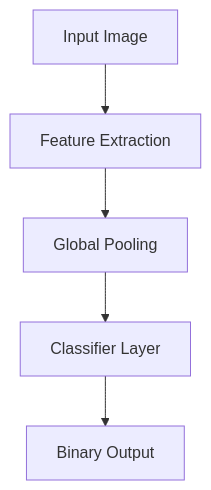
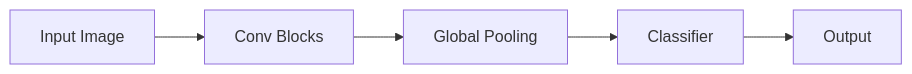
The diagram in doc/presentation.md (LorenzoMioso/VisualIntelligence), drawn with Mermaid before and after one commit. The commit also changed other lines of this file and 58 other files, not shown here.

````diff
--- a/doc/presentation.md
+++ b/doc/presentation.md
@@ -137,7 +81,4 @@
 ```mermaid
-graph TD
-    A[Input Image] --> B[Feature Extraction]
-    B --> C[Global Pooling]
-    C --> D[Classifier Layer]
-    D --> E[Binary Output]
+graph LR
+    A[Input Image] --> B[Conv Blocks] --> C[Global Pooling] --> D[Classifier] --> E[Output]
 ```
````
